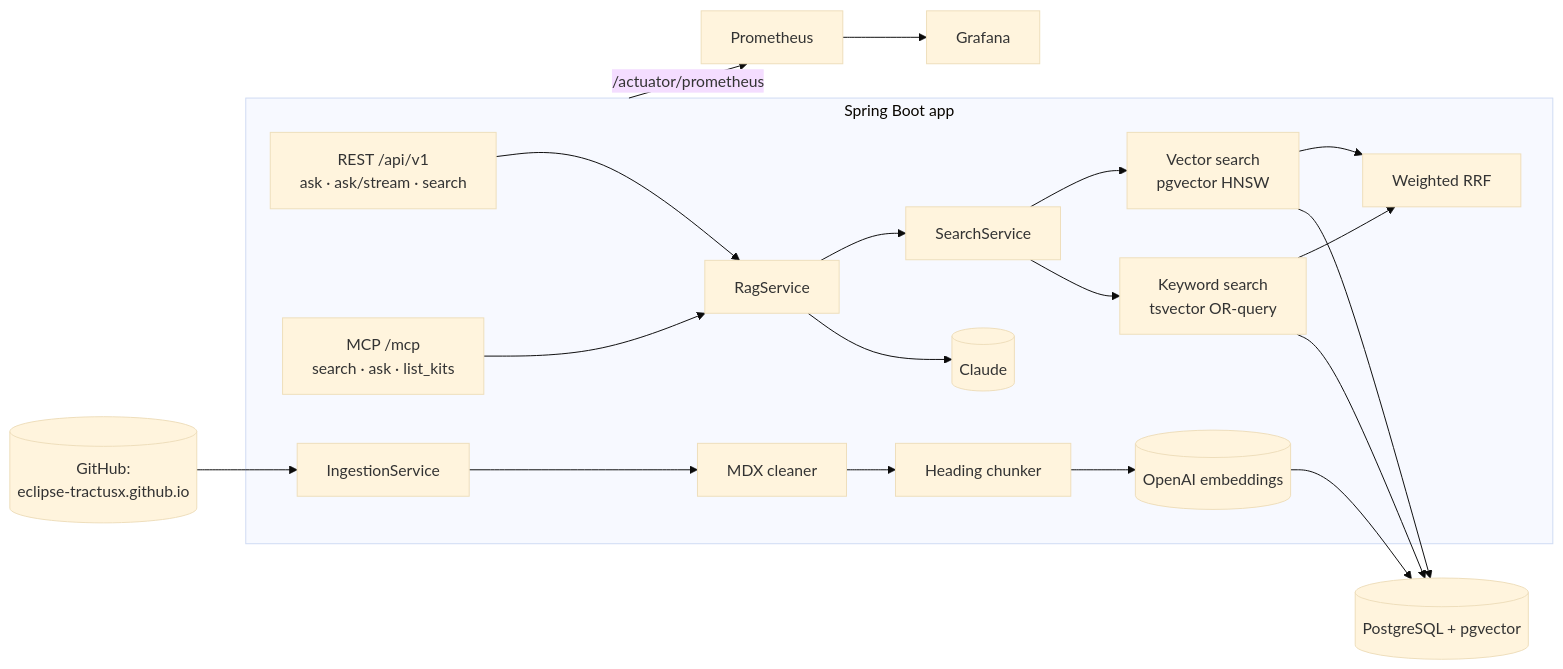
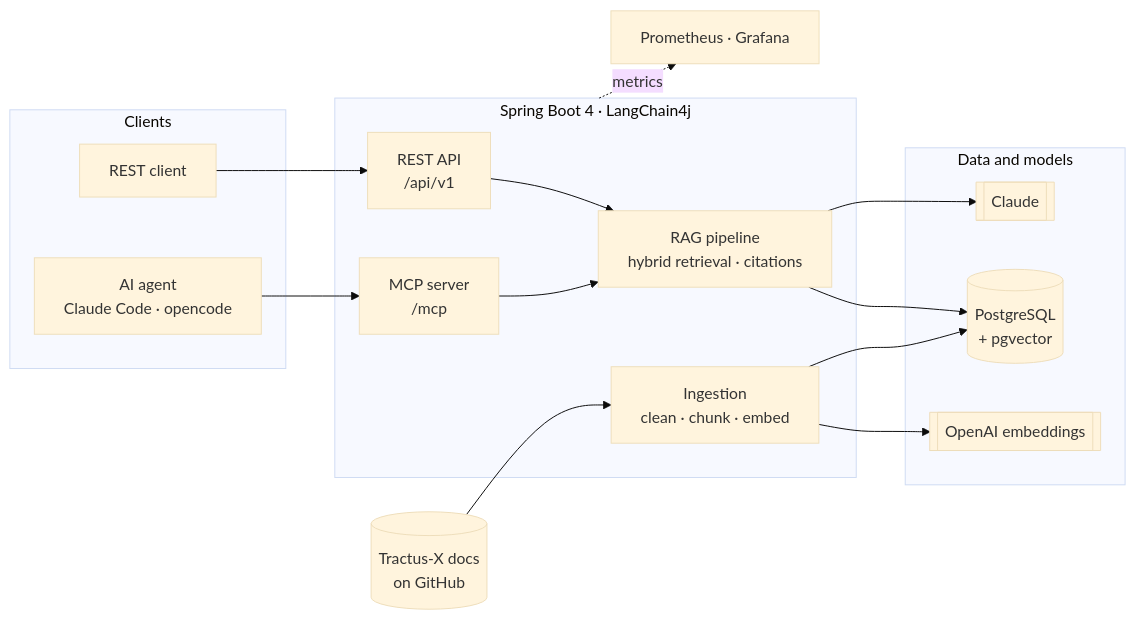
Before and after one commit to artamrj/tractusx-rag-mcp: the diagram in README.md, drawn with Mermaid (base theme). The commit also changed other lines of this file and 8 other files, not shown here.

````diff
--- a/README.md
+++ b/README.md
@@ -18,17 +33,32 @@
 ```mermaid
 flowchart LR
-    subgraph app[Spring Boot app]
-        REST["REST /api/v1<br/>ask · ask/stream · search"] --> RAG[RagService]
-        MCP["MCP /mcp<br/>search · ask · list_kits"] --> RAG
-        RAG --> SEARCH[SearchService]
-        SEARCH --> VEC[Vector search<br/>pgvector HNSW]
-        SEARCH --> KW[Keyword search<br/>tsvector OR-query]
-        VEC & KW --> RRF[Weighted RRF]
-        RAG --> CLAUDE[(Claude)]
-        ING[IngestionService] --> CLEAN[MDX cleaner] --> CHUNK[Heading chunker] --> EMB[(OpenAI embeddings)]
+    subgraph clients [Clients]
+        U[REST client]
+        A[AI agent<br/>Claude Code · opencode]
     end
-    GH[(GitHub:<br/>eclipse-tractusx.github.io)] --> ING
-    EMB --> PG[(PostgreSQL + pgvector)]
-    VEC & KW --> PG
-    app -- /actuator/prometheus --> PROM[Prometheus] --> GRAF[Grafana]
+
+    subgraph app [Spring Boot 4 · LangChain4j]
+        API[REST API<br/>/api/v1]
+        MCP[MCP server<br/>/mcp]
+        RAG[RAG pipeline<br/>hybrid retrieval · citations]
+        ING[Ingestion<br/>clean · chunk · embed]
+    end
+
+    subgraph data [Data and models]
+        PG[(PostgreSQL<br/>+ pgvector)]
+        CL[[Claude]]
+        EMB[[OpenAI embeddings]]
+    end
+
+    GH[(Tractus-X docs<br/>on GitHub)]
+    OBS[Prometheus · Grafana]
+
+    U --> API --> RAG
+    A --> MCP --> RAG
+    RAG --> PG
+    RAG --> CL
+    GH --> ING
+    ING --> EMB
+    ING --> PG
+    app -. metrics .-> OBS
 ```
````
